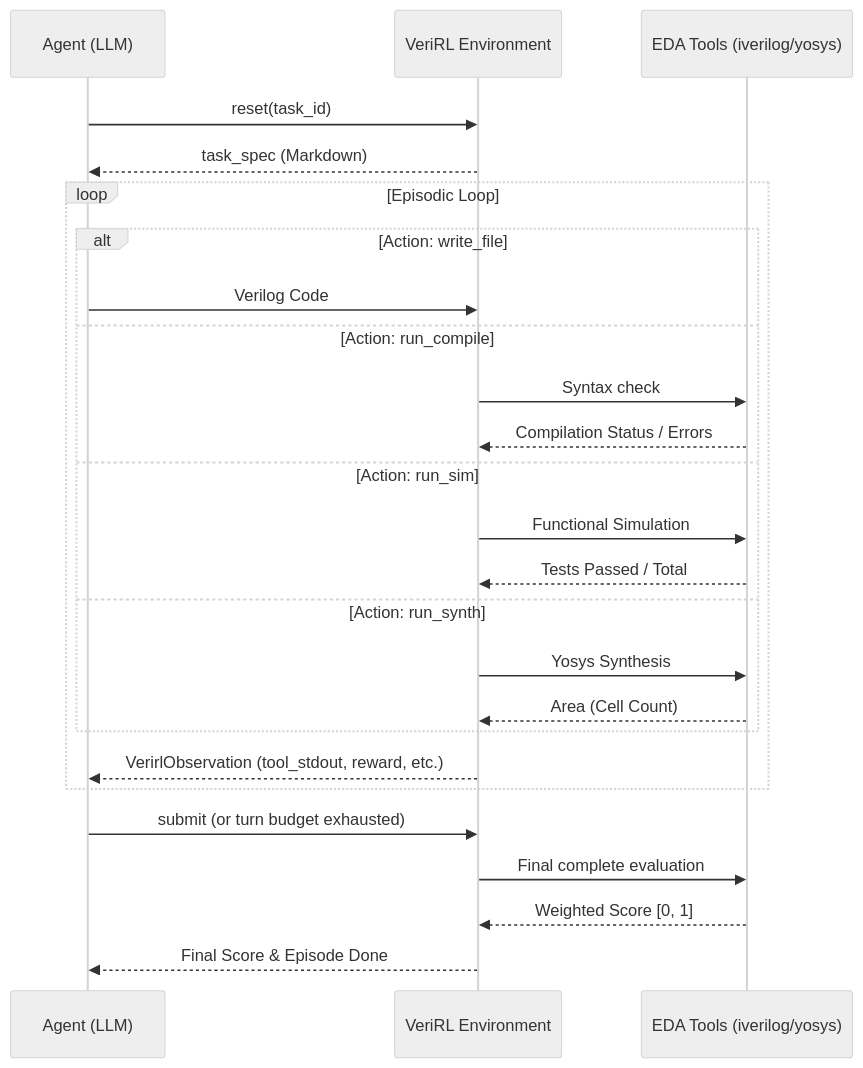
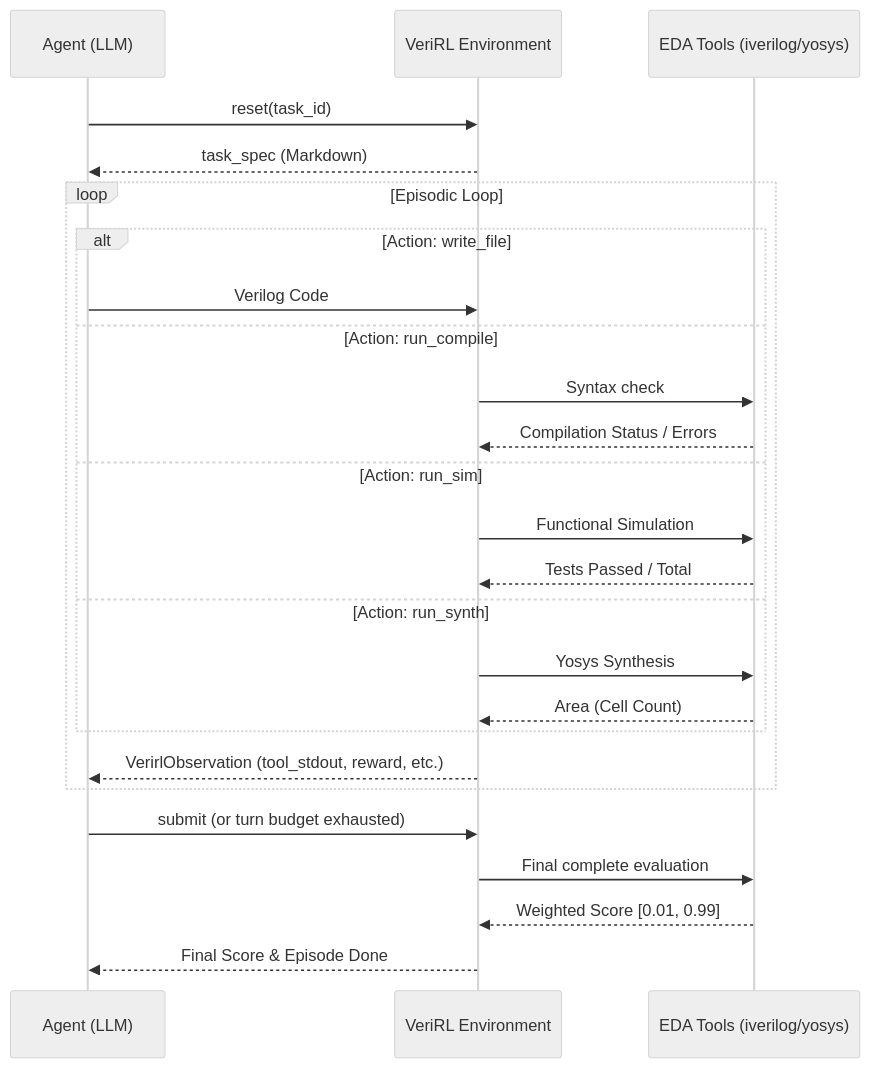
One commit to SupreethRao99/veriRL changed the diagram in README.md. Above: the diagram before and after it, drawn with Mermaid (neutral theme). The commit also changed other lines of this file and 3 other files, not shown here.

````diff
--- a/README.md
+++ b/README.md
@@ -34,30 +34,30 @@
 ```mermaid
 sequenceDiagram
     participant LLM as Agent (LLM)
     participant Env as VeriRL Environment
     participant EDA as EDA Tools (iverilog/yosys)
     
     LLM->>Env: reset(task_id)
     Env-->>LLM: task_spec (Markdown)
     
     loop Episodic Loop
         alt Action: write_file
             LLM->>Env: Verilog Code
         else Action: run_compile
             Env->>EDA: Syntax check
             EDA-->>Env: Compilation Status / Errors
         else Action: run_sim
             Env->>EDA: Functional Simulation
             EDA-->>Env: Tests Passed / Total
         else Action: run_synth
             Env->>EDA: Yosys Synthesis
             EDA-->>Env: Area (Cell Count)
         end
         Env-->>LLM: VerirlObservation (tool_stdout, reward, etc.)
     end
     
     LLM->>Env: submit (or turn budget exhausted)
     Env->>EDA: Final complete evaluation
-    EDA-->>Env: Weighted Score [0, 1]
+    EDA-->>Env: Weighted Score [0.01, 0.99]
     Env-->>LLM: Final Score & Episode Done
 ```
````
